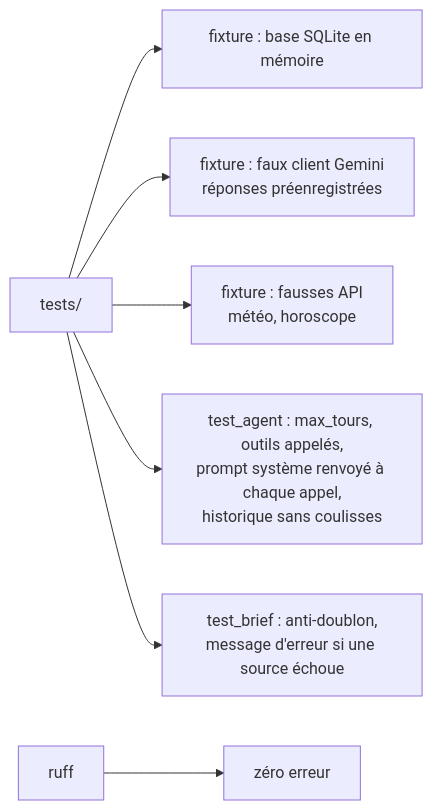
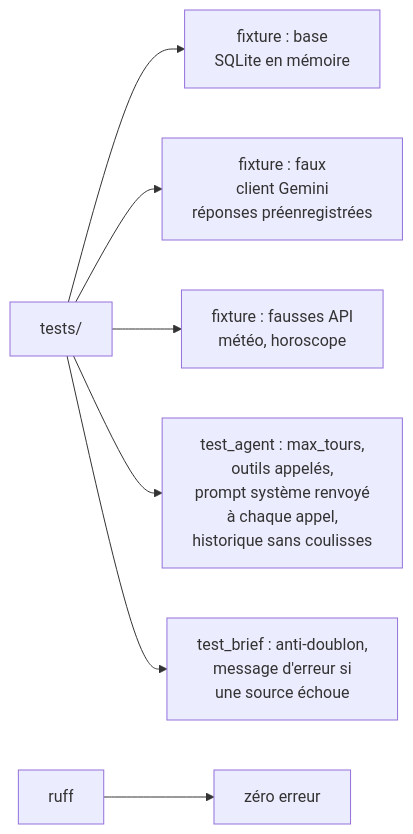
One commit to lecinquiemejour-code/goodvibe-tuto changed diagram 32 of 42 in tuto-goodvibe-vibecoding.md. Above: the diagram before and after it, drawn with Mermaid. The commit also changed other lines of this file and 1 other file, not shown here.

First line of the commit message:
fix(tuto, readme): lignes des boîtes redécoupées dans tous les diagrammes, pour ne plus être coupées sur GitHub

````diff
--- a/tuto-goodvibe-vibecoding.md
+++ b/tuto-goodvibe-vibecoding.md
@@ -1463,9 +1463,9 @@
 ```mermaid
 flowchart LR
-    T["tests/"] --> F1["fixture : base SQLite en mémoire"]
-    T --> F2["fixture : faux client Gemini<br/>réponses préenregistrées"]
+    T["tests/"] --> F1["fixture : base<br/>SQLite en mémoire"]
+    T --> F2["fixture : faux<br/>client Gemini<br/>réponses préenregistrées"]
     T --> F3["fixture : fausses API<br/>météo, horoscope"]
-    T --> X["test_agent : max_tours, outils appelés,<br/>prompt système renvoyé à chaque appel,<br/>historique sans coulisses"]
-    T --> Y["test_brief : anti-doublon,<br/>message d'erreur si une source échoue"]
+    T --> X["test_agent : max_tours,<br/>outils appelés,<br/>prompt système renvoyé<br/>à chaque appel,<br/>historique sans coulisses"]
+    T --> Y["test_brief : anti-doublon,<br/>message d'erreur si<br/>une source échoue"]
     R["ruff"] --> OK["zéro erreur"]
 ```
````
